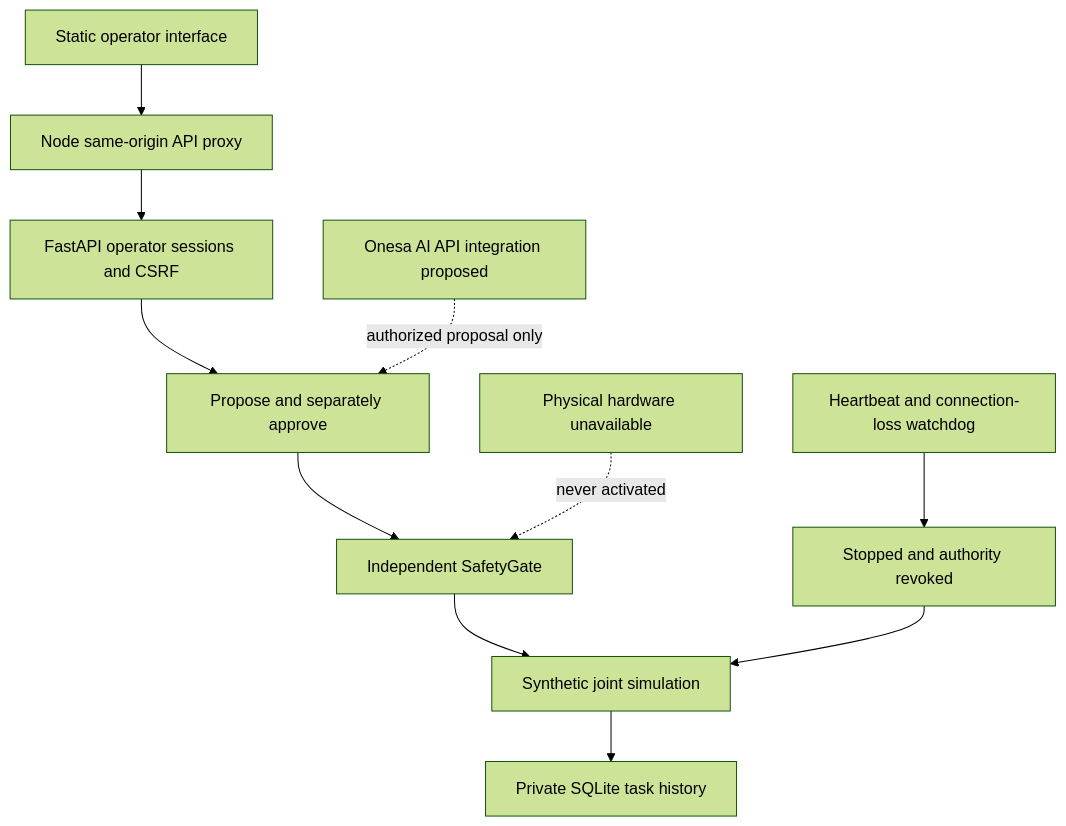
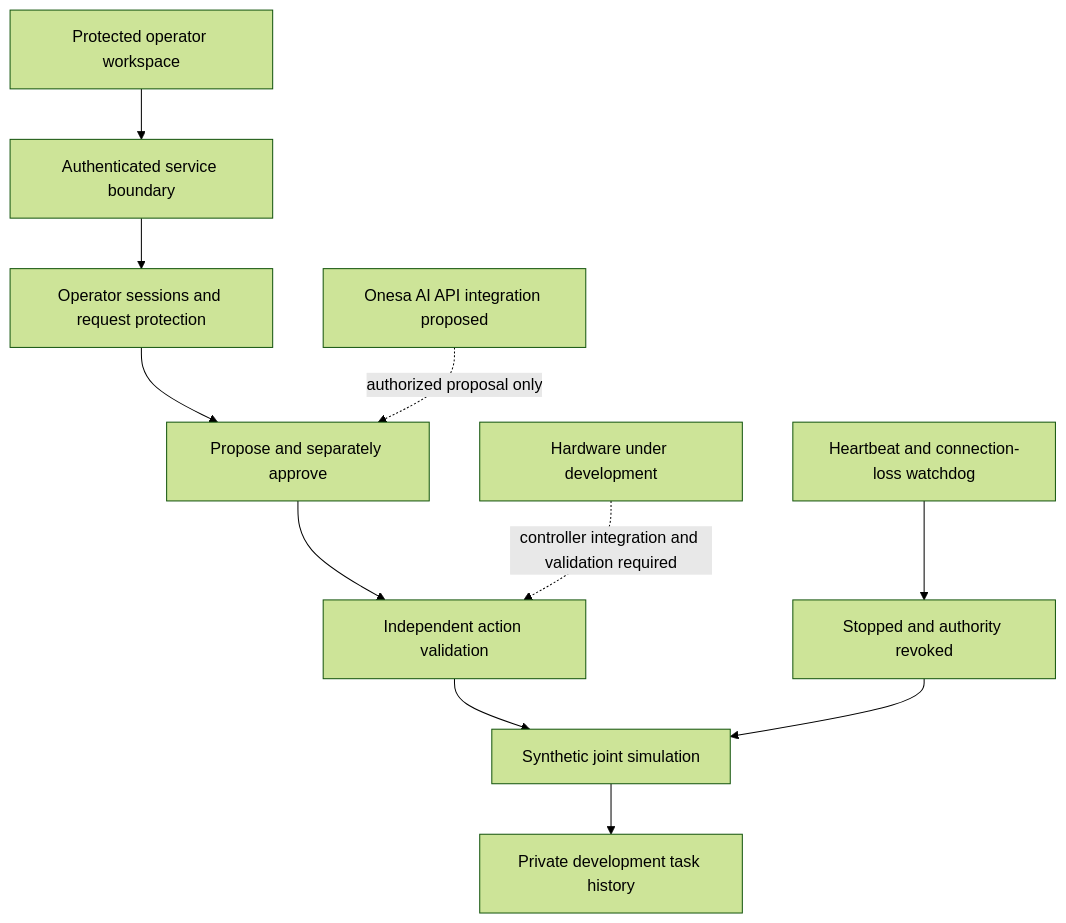
Before and after one commit to DruHustle/onesa-ai-platform: the diagram in docs/diagrams/public-robot.mmd, drawn with Mermaid (forest theme). The commit also changed 12 other files, not shown here.

```diff
--- a/docs/diagrams/public-robot.mmd
+++ b/docs/diagrams/public-robot.mmd
@@ -1,11 +1,11 @@
 flowchart TB
-Web[Static operator interface] --> Proxy[Node same-origin API proxy]
-Proxy --> API[FastAPI operator sessions and CSRF]
+Web[Protected operator workspace] --> Proxy[Authenticated service boundary]
+Proxy --> API[Operator sessions and request protection]
 API --> Proposal[Propose and separately approve]
-Proposal --> Safety[Independent SafetyGate]
+Proposal --> Safety[Independent action validation]
 Safety --> Sim[Synthetic joint simulation]
-Sim --> Store[Private SQLite task history]
+Sim --> Store[Private development task history]
 Watchdog[Heartbeat and connection-loss watchdog] --> Stop[Stopped and authority revoked]
 Stop --> Sim
 AI[Onesa AI API integration proposed] -. authorized proposal only .-> Proposal
-Hardware[Physical hardware unavailable] -. never activated .-> Safety
+Hardware[Hardware under development] -. controller integration and validation required .-> Safety
```
